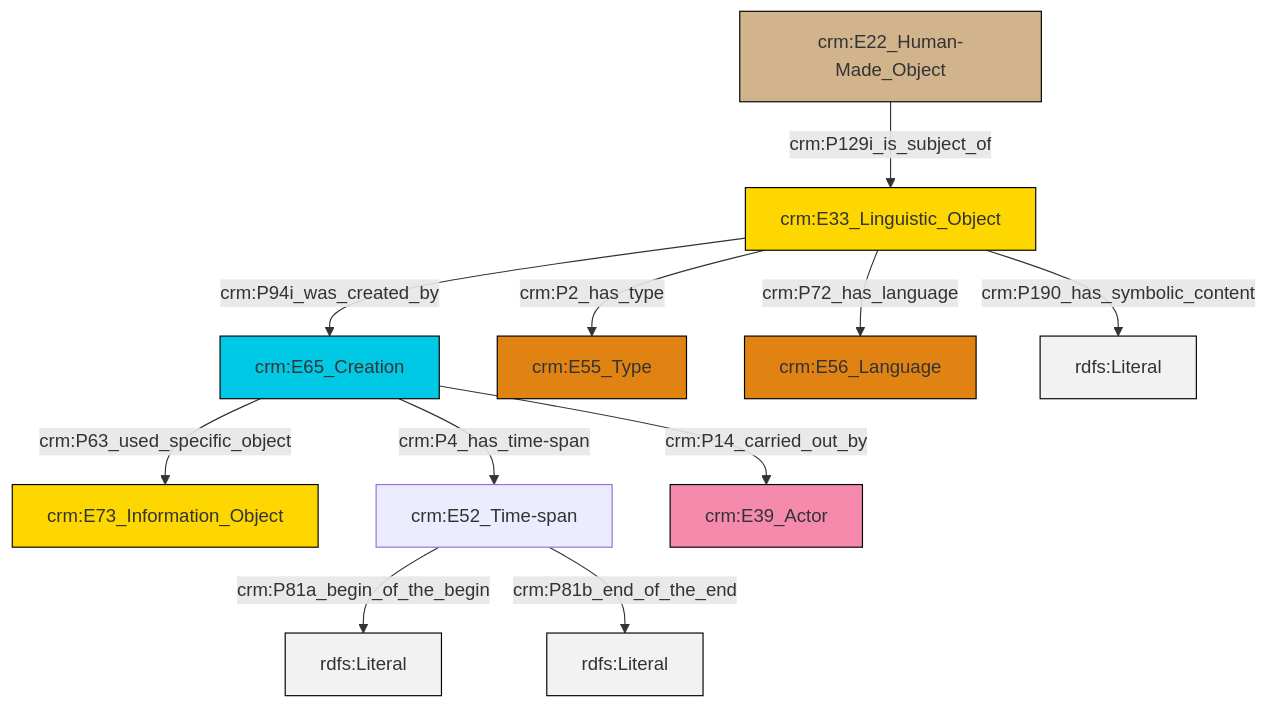
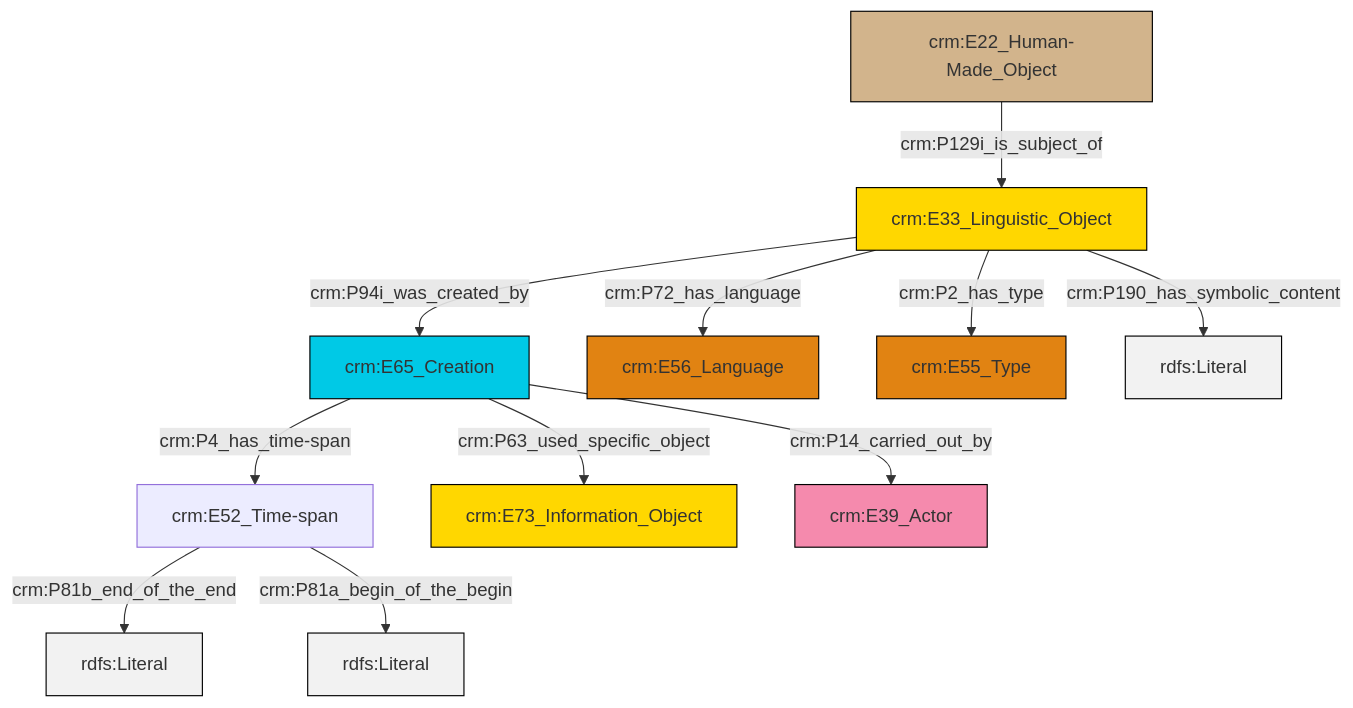
One commit to swiss-art-research-net/docs.swissartresearch changed the diagram in et/carrierCSV/ttl/mmd/carrier_description.ttl.mmd. Above: the diagram before and after it, drawn with Mermaid. The commit also changed 204 other files, not shown here.

```diff
--- a/et/carrierCSV/ttl/mmd/carrier_description.ttl.mmd
+++ b/et/carrierCSV/ttl/mmd/carrier_description.ttl.mmd
@@ -1,25 +1,25 @@
 graph TD
 classDef Literal fill:#f2f2f2,stroke:#000000;
 classDef CRM_Entity fill:#FFFFFF,stroke:#000000;
 classDef Temporal_Entity fill:#00C9E6, stroke:#000000;
 classDef Type fill:#E18312, stroke:#000000;
 classDef Time-Span fill:#2C9C91, stroke:#000000;
 classDef Appellation fill:#FFEB7F, stroke:#000000;
 classDef Place fill:#008836, stroke:#000000;
 classDef Persistent_Item fill:#B266B2, stroke:#000000;
 classDef Conceptual_Object fill:#FFD700, stroke:#000000;
 classDef Physical_Thing fill:#D2B48C, stroke:#000000;
 classDef Actor fill:#f58aad, stroke:#000000;
 classDef PC_Classes fill:#4ce600, stroke:#000000;
 classDef Multi fill:#cccccc,stroke:#000000;
 
-0["crm:E65_Creation"]:::Temporal_Entity -->|crm:P63_used_specific_object| 1["crm:E73_Information_Object"]:::Conceptual_Object
+0["crm:E52_Time-span"]:::Default -->|crm:P81b_end_of_the_end| 1[rdfs:Literal]:::Literal
 2["crm:E22_Human-Made_Object"]:::Physical_Thing -->|crm:P129i_is_subject_of| 3["crm:E33_Linguistic_Object"]:::Conceptual_Object
-0["crm:E65_Creation"]:::Temporal_Entity -->|crm:P4_has_time-span| 5["crm:E52_Time-span"]:::Default
-5["crm:E52_Time-span"]:::Default -->|crm:P81a_begin_of_the_begin| 6[rdfs:Literal]:::Literal
-3["crm:E33_Linguistic_Object"]:::Conceptual_Object -->|crm:P2_has_type| 7["crm:E55_Type"]:::Type
-0["crm:E65_Creation"]:::Temporal_Entity -->|crm:P14_carried_out_by| 9["crm:E39_Actor"]:::Actor
-3["crm:E33_Linguistic_Object"]:::Conceptual_Object -->|crm:P72_has_language| 11["crm:E56_Language"]:::Type
-3["crm:E33_Linguistic_Object"]:::Conceptual_Object -->|crm:P190_has_symbolic_content| 12[rdfs:Literal]:::Literal
-5["crm:E52_Time-span"]:::Default -->|crm:P81b_end_of_the_end| 17[rdfs:Literal]:::Literal
-3["crm:E33_Linguistic_Object"]:::Conceptual_Object -->|crm:P94i_was_created_by| 0["crm:E65_Creation"]:::Temporal_Entity
+5["crm:E65_Creation"]:::Temporal_Entity -->|crm:P63_used_specific_object| 6["crm:E73_Information_Object"]:::Conceptual_Object
+5["crm:E65_Creation"]:::Temporal_Entity -->|crm:P14_carried_out_by| 7["crm:E39_Actor"]:::Actor
+5["crm:E65_Creation"]:::Temporal_Entity -->|crm:P4_has_time-span| 0["crm:E52_Time-span"]:::Default
+3["crm:E33_Linguistic_Object"]:::Conceptual_Object -->|crm:P2_has_type| 11["crm:E55_Type"]:::Type
+3["crm:E33_Linguistic_Object"]:::Conceptual_Object -->|crm:P190_has_symbolic_content| 14[rdfs:Literal]:::Literal
+0["crm:E52_Time-span"]:::Default -->|crm:P81a_begin_of_the_begin| 15[rdfs:Literal]:::Literal
+3["crm:E33_Linguistic_Object"]:::Conceptual_Object -->|crm:P72_has_language| 9["crm:E56_Language"]:::Type
+3["crm:E33_Linguistic_Object"]:::Conceptual_Object -->|crm:P94i_was_created_by| 5["crm:E65_Creation"]:::Temporal_Entity
```
